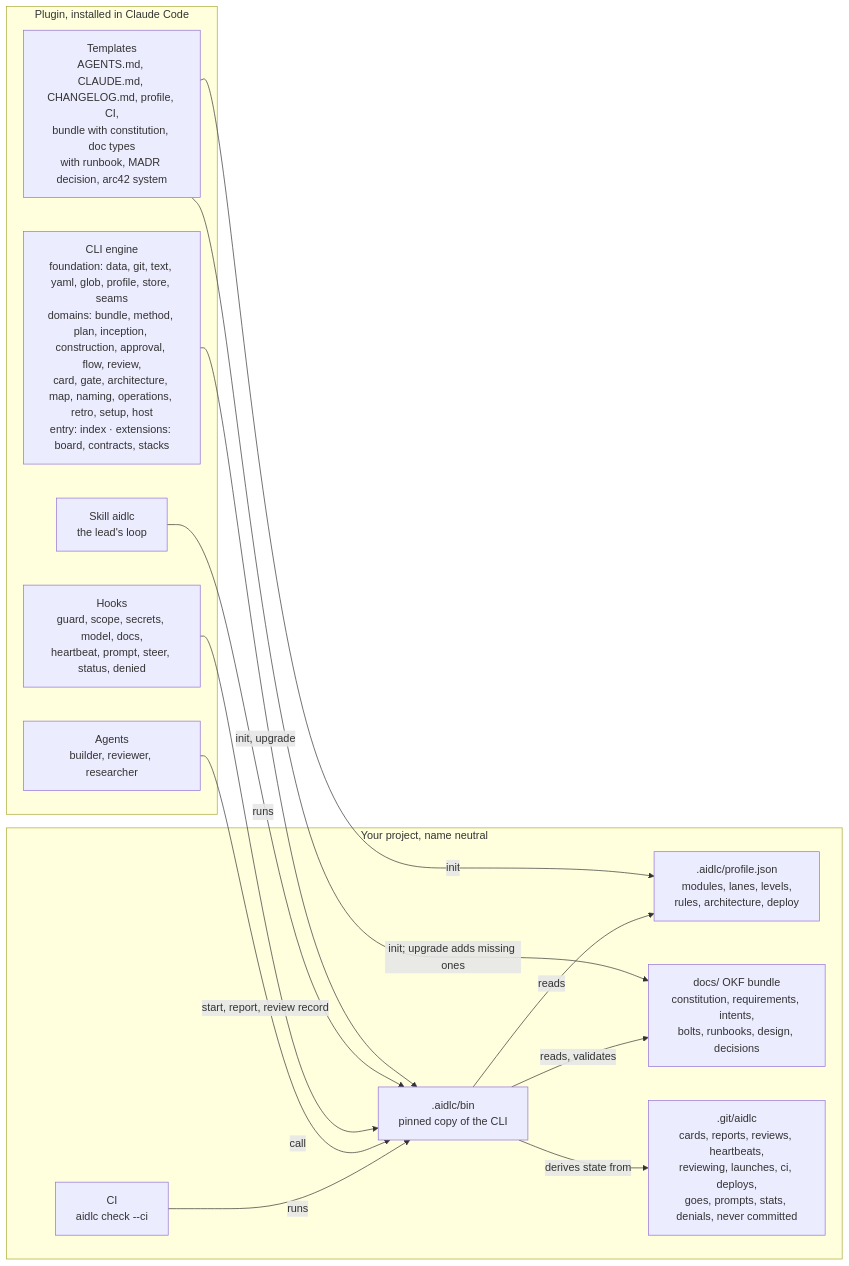
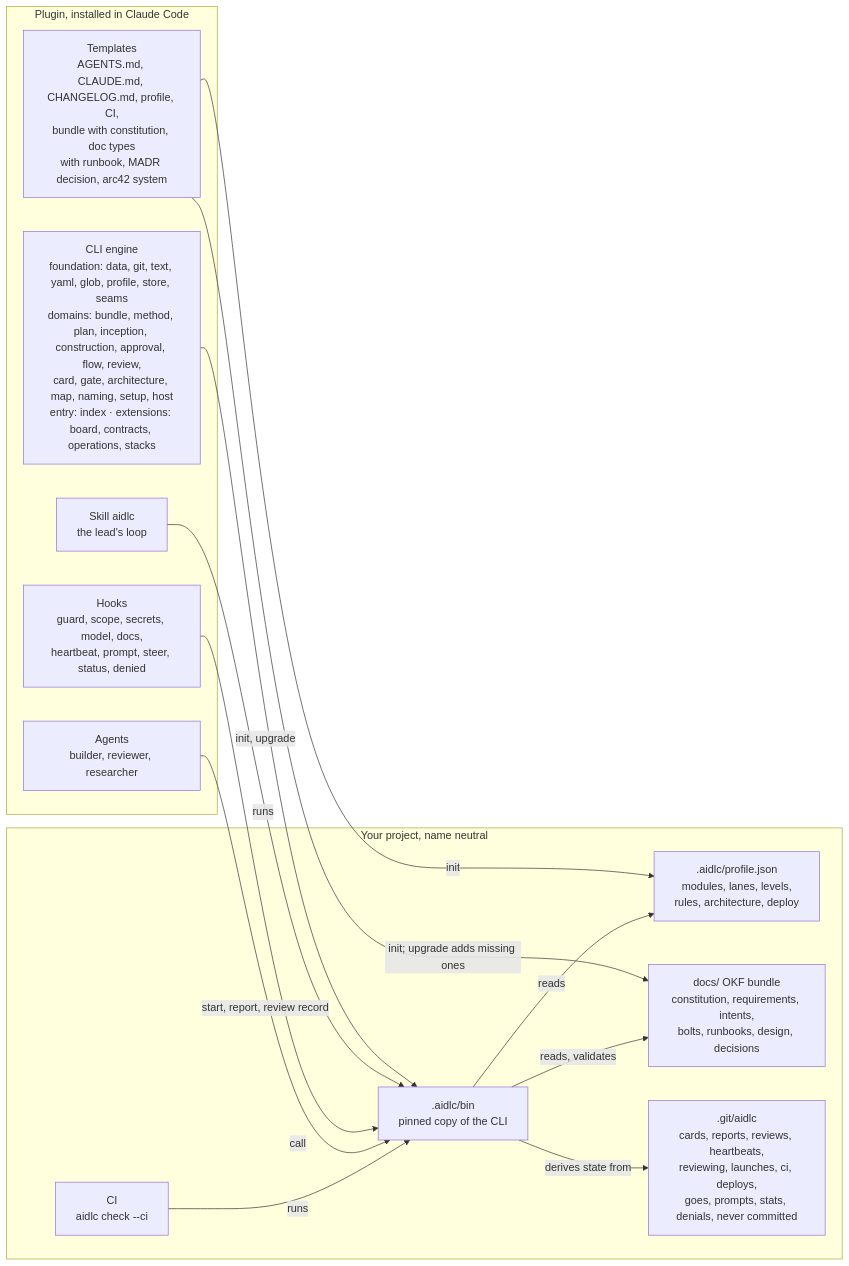
The second of 2 diagrams in README.md (Scrollout/aidlc-team-plugin), drawn with Mermaid before and after one commit. The commit also changed 12 other files, not shown here.

````diff
--- a/README.md
+++ b/README.md
@@ -52,29 +52,29 @@
 ```mermaid
 flowchart LR
   subgraph plugin["Plugin, installed in Claude Code"]
     skill["Skill aidlc<br/>the lead's loop"]
     agents["Agents<br/>builder, reviewer, researcher"]
     hooks["Hooks<br/>guard, scope, secrets, model, docs,<br/>heartbeat, prompt, steer, status, denied"]
-    cli["CLI engine<br/>foundation: data, git, text, yaml, glob, profile, store, seams<br/>domains: bundle, method, plan, inception, construction, approval, flow, review,<br/>card, gate, architecture, map, naming, operations, retro, setup, host<br/>entry: index · extensions: board, contracts, stacks"]
+    cli["CLI engine<br/>foundation: data, git, text, yaml, glob, profile, store, seams<br/>domains: bundle, method, plan, inception, construction, approval, flow, review,<br/>card, gate, architecture, map, naming, setup, host<br/>entry: index · extensions: board, contracts, operations, stacks"]
     templates["Templates<br/>AGENTS.md, CLAUDE.md, CHANGELOG.md, profile, CI,<br/>bundle with constitution, doc types<br/>with runbook, MADR decision, arc42 system"]
   end
 
   subgraph project["Your project, name neutral"]
     profile[".aidlc/profile.json<br/>modules, lanes, levels,<br/>rules, architecture, deploy"]
     bin[".aidlc/bin<br/>pinned copy of the CLI"]
     docs["docs/ OKF bundle<br/>constitution, requirements, intents,<br/>bolts, runbooks, design, decisions"]
     runtime[".git/aidlc<br/>cards, reports, reviews, heartbeats,<br/>reviewing, launches, ci, deploys,<br/>goes, prompts, stats, denials, never committed"]
     ci["CI<br/>aidlc check --ci"]
   end
 
   templates -- "init" --> profile
   templates -- "init; upgrade adds missing ones" --> docs
   cli -- "init, upgrade" --> bin
   skill -- "runs" --> bin
   hooks -- "call" --> bin
   agents -- "start, report, review record" --> bin
   ci -- "runs" --> bin
   bin -- "reads, validates" --> docs
   bin -- "reads" --> profile
   bin -- "derives state from" --> runtime
 ```
````
